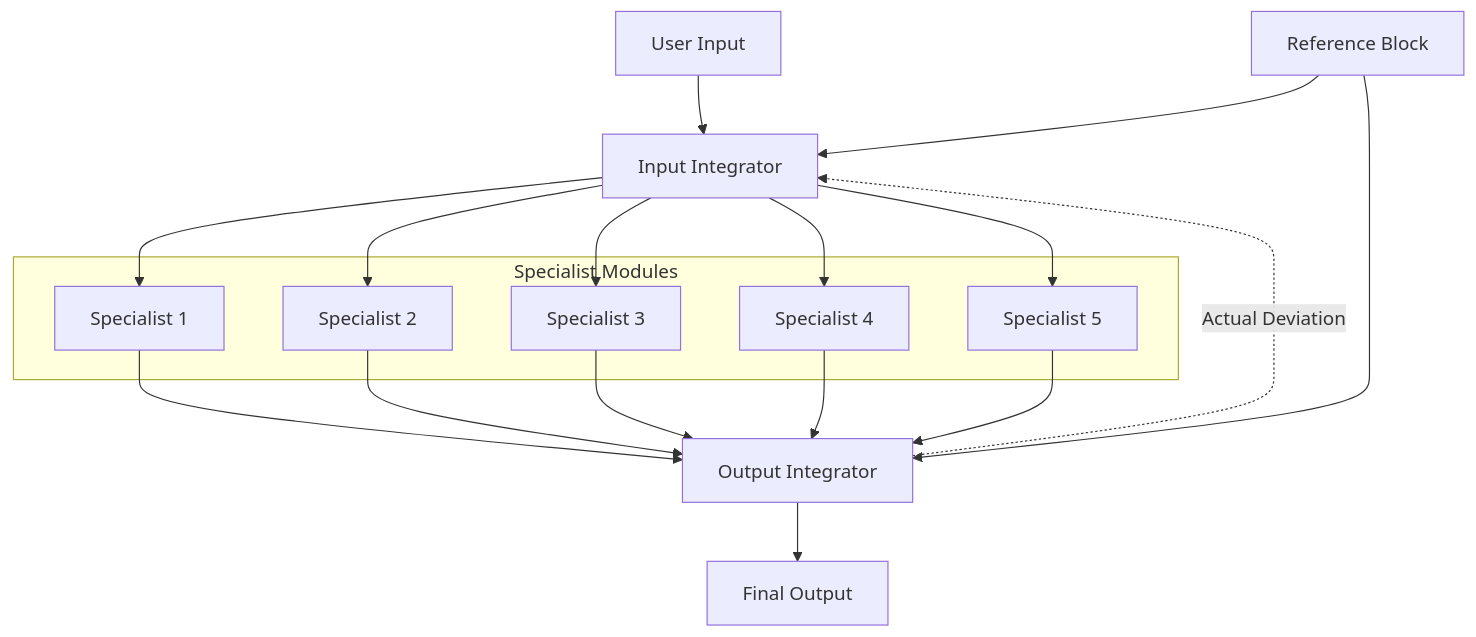
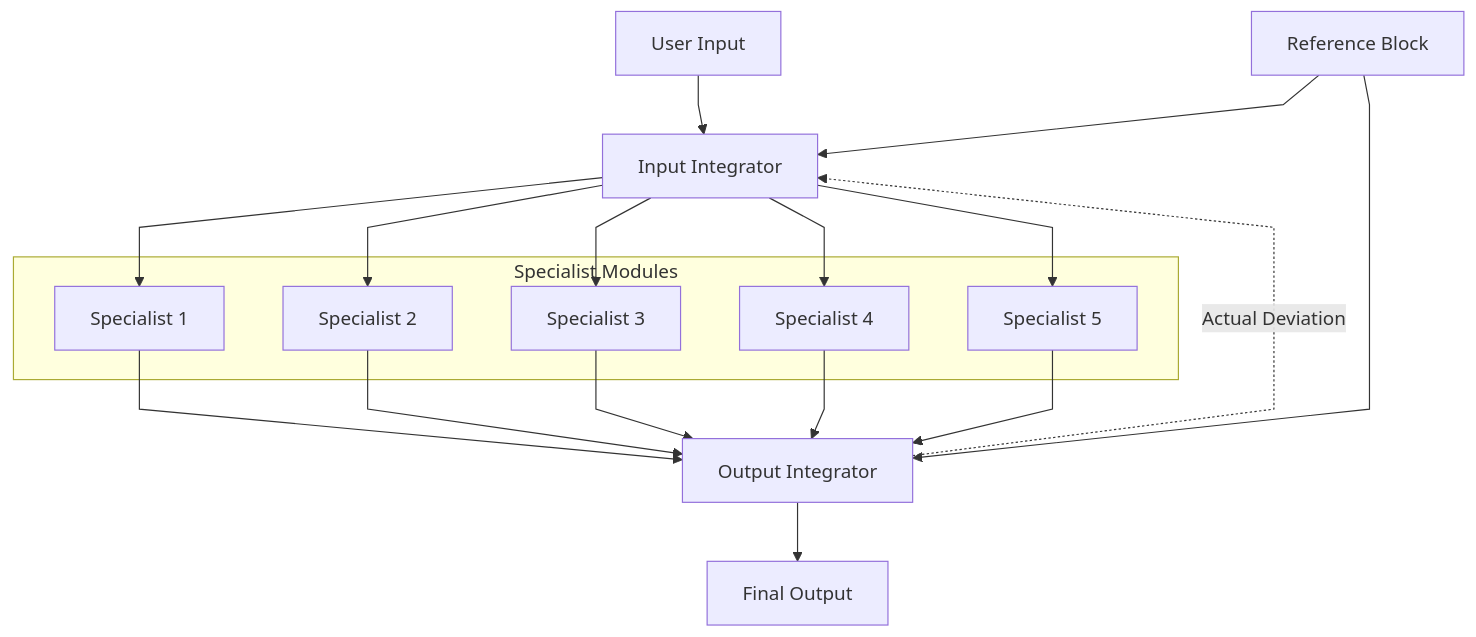
The fourth of 4 diagrams in docs/AI_Architecture_WhichWill_Scale.md (CuriousOne23/WhenMathPrays), drawn with Mermaid before and after one commit.

Commit message:
Update High-Level OCTPS Architecture diagram
Fixed scaling view of OCTPS figure.

````diff
--- a/docs/AI_Architecture_WhichWill_Scale.md
+++ b/docs/AI_Architecture_WhichWill_Scale.md
@@ -323,42 +323,43 @@
 ```mermaid
+%%{init: {'theme': 'default', 'themeVariables': { 'fontSize': '16px' }, 'flowchart': { 'curve': 'linear' }, 'logLevel': 'fatal', 'scale': 1.5 }}%%
 flowchart TD
 
     USER[User Input]
 
     REF[Reference Block]
 
     IN_INT[Input Integrator]
 
     subgraph SPEC[Specialist Modules]
         S1[Specialist 1]
         S2[Specialist 2]
         S3[Specialist 3]
         S4[Specialist 4]
         S5[Specialist 5]
     end
 
     OUT_INT[Output Integrator]
 
     OUT[Final Output]
 
     USER --> IN_INT
 
     REF --> IN_INT
     REF --> OUT_INT
 
     IN_INT --> S1
     IN_INT --> S2
     IN_INT --> S3
     IN_INT --> S4
     IN_INT --> S5
 
     S1 --> OUT_INT
     S2 --> OUT_INT
     S3 --> OUT_INT
     S4 --> OUT_INT
     S5 --> OUT_INT
 
     OUT_INT --> OUT
 
     OUT_INT -. Actual Deviation .-> IN_INT
 ```
````
